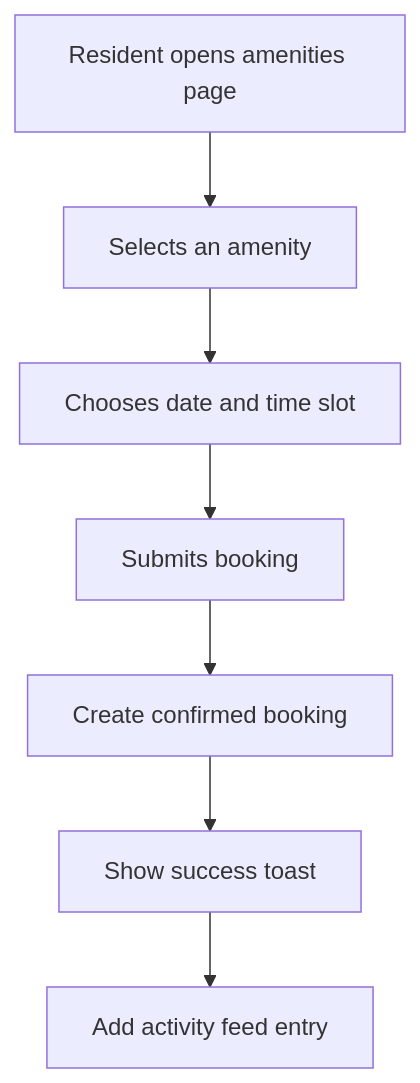
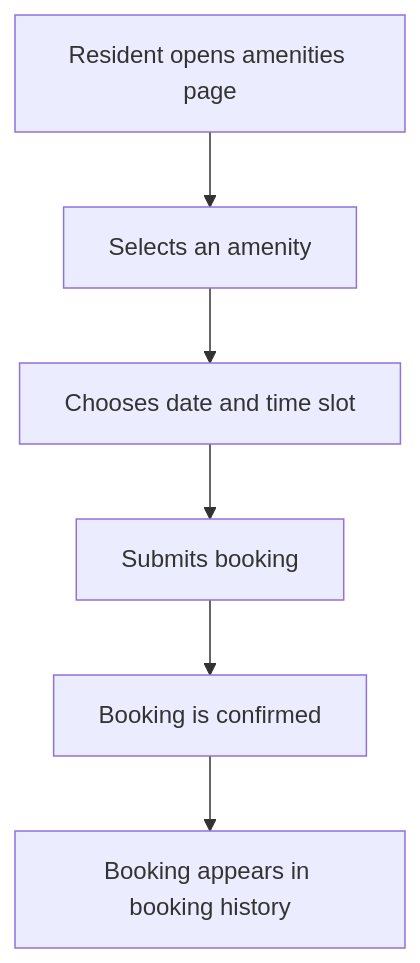
Before and after one commit to painful-bug/MAY2026-Team-035: the seventh of 20 diagrams in implemented_flows.md, drawn with Mermaid. The commit also changed other lines of this file, not shown here.

First line of the commit message:
Simplify flow documentation

````diff
--- a/implemented_flows.md
+++ b/implemented_flows.md
@@ -158,9 +79,8 @@
 ```mermaid
 flowchart TD
   A[Resident opens amenities page] --> B[Selects an amenity]
   B --> C[Chooses date and time slot]
   C --> D[Submits booking]
-  D --> E[Create confirmed booking]
-  E --> F[Show success toast]
-  F --> G[Add activity feed entry]
+  D --> E[Booking is confirmed]
+  E --> F[Booking appears in booking history]
 ```
````
